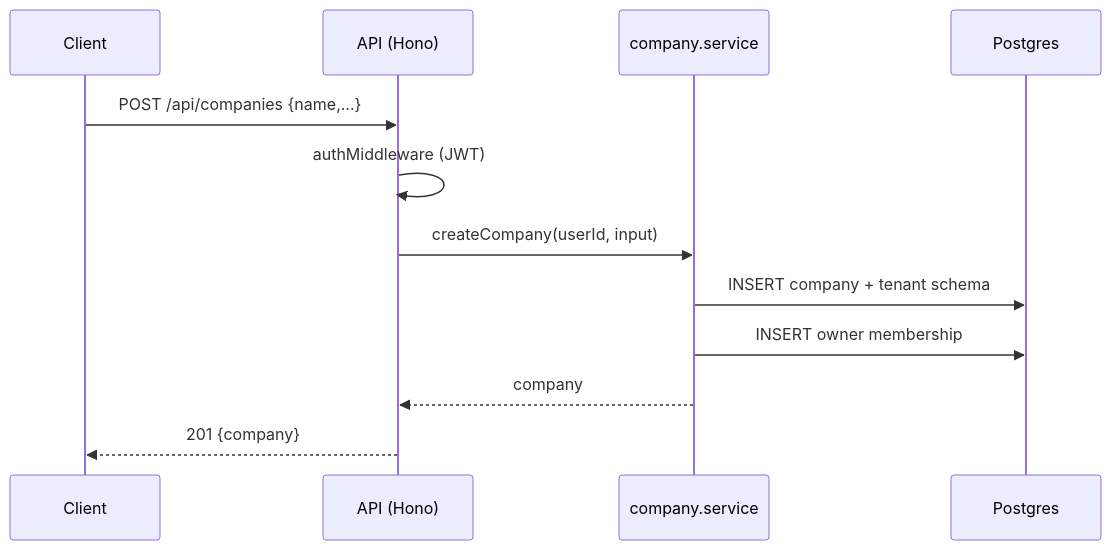
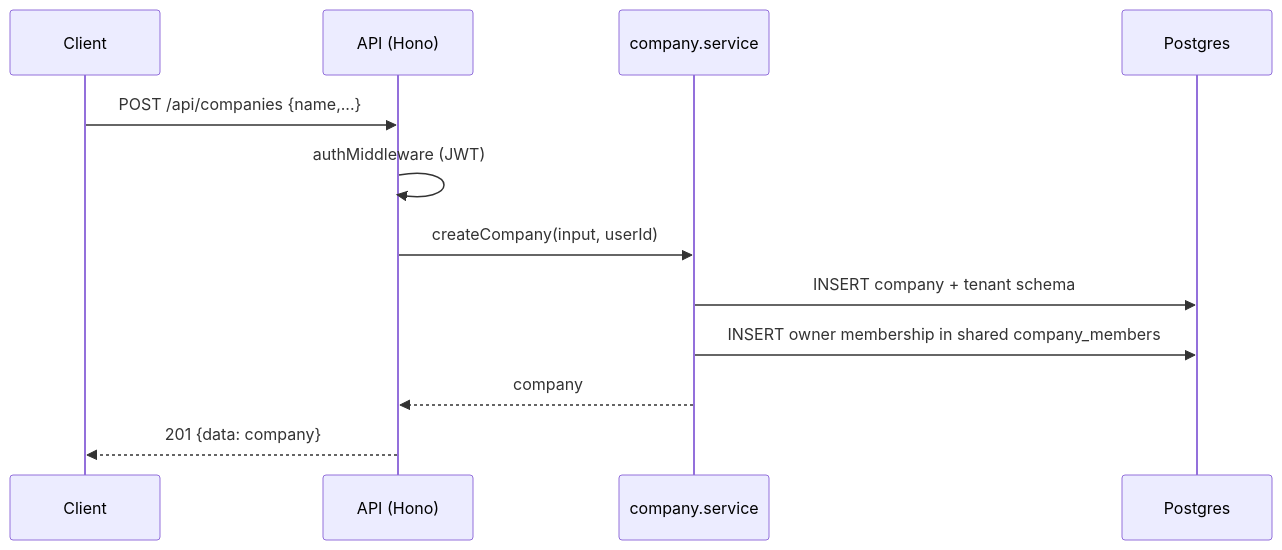
Before and after one commit to ygncode/wateaminbox: the first of 2 diagrams in docs/apis/companies.md, drawn with Mermaid. The commit also changed other lines of this file and 27 other files, not shown here.

````diff
--- a/docs/apis/companies.md
+++ b/docs/apis/companies.md
@@ -40,14 +40,14 @@
 ```mermaid
 sequenceDiagram
     participant C as Client
     participant A as API (Hono)
     participant S as company.service
     participant D as Postgres
     C->>A: POST /api/companies {name,...}
     A->>A: authMiddleware (JWT)
-    A->>S: createCompany(userId, input)
+    A->>S: createCompany(input, userId)
     S->>D: INSERT company + tenant schema
-    S->>D: INSERT owner membership
+    S->>D: INSERT owner membership in shared company_members
     S-->>A: company
-    A-->>C: 201 {company}
+    A-->>C: 201 {data: company}
 ```
````
